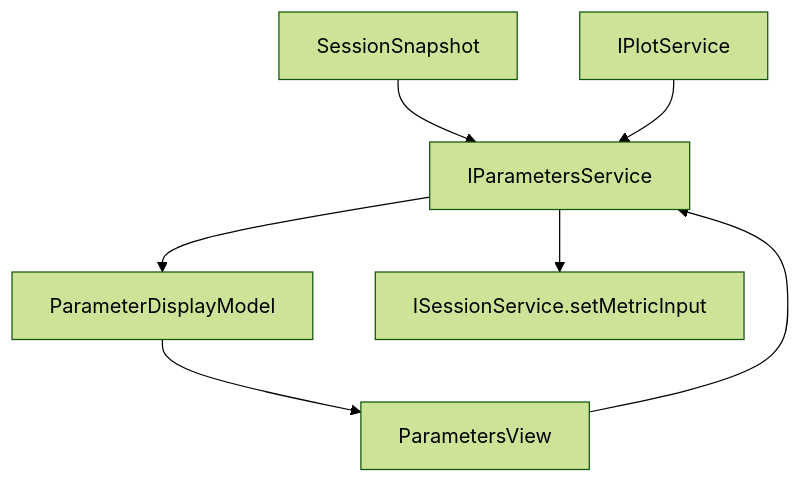
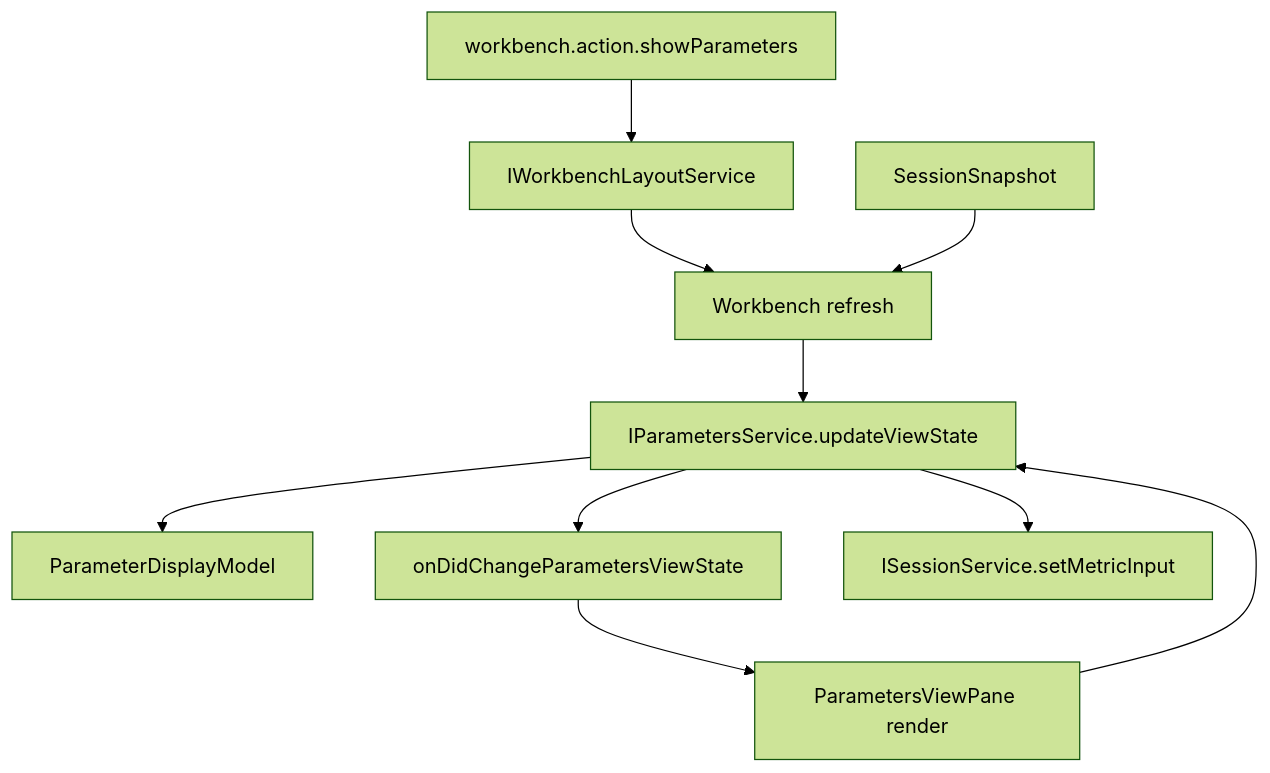
Before and after one commit to chogng/conductor: the diagram in .github/instructions/parameters.instructions.md, drawn with Mermaid (forest theme). The commit also changed other lines of this file and 12 other files, not shown here.

Commit message:
fix: route parameters view through workbench layout

````diff
--- a/.github/instructions/parameters.instructions.md
+++ b/.github/instructions/parameters.instructions.md
@@ -49,9 +50,12 @@
 ```mermaid
 flowchart TD
-    Session[SessionSnapshot] --> Parameters[IParametersService]
-    Plot[IPlotService] --> Parameters
+    ShowCommand[workbench.action.showParameters] --> Layout[IWorkbenchLayoutService]
+    Layout --> Workbench[Workbench refresh]
+    Session[SessionSnapshot] --> Workbench
+    Workbench --> Parameters[IParametersService.updateViewState]
     Parameters --> Rows[ParameterDisplayModel]
-    Rows --> View[ParametersView]
+    Parameters --> StateEvent[onDidChangeParametersViewState]
+    StateEvent --> View[ParametersViewPane render]
     View --> Parameters
     Parameters --> Commit[ISessionService.setMetricInput]
 ```
````
